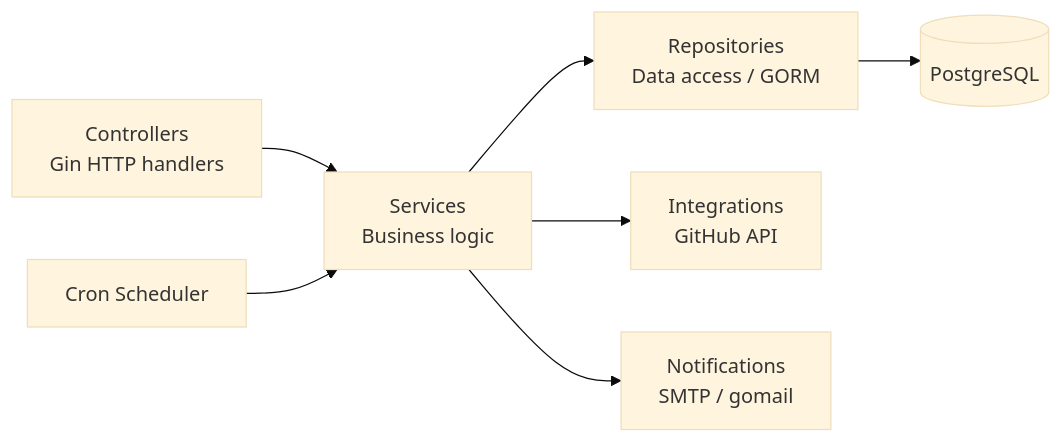
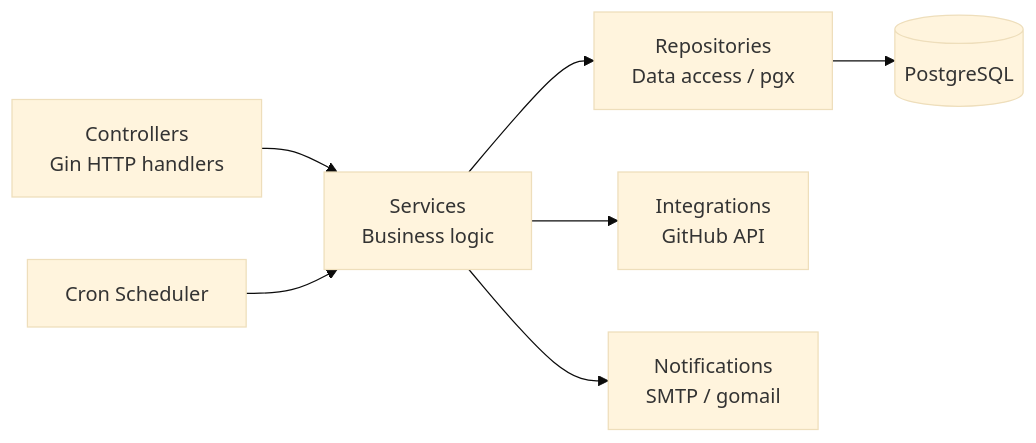
One commit to GenesisEducationKyiv/software-engineering-school-6-0-vanyatemno changed the diagram in README.md. Above: the diagram before and after it, drawn with Mermaid (base theme). The commit also changed other lines of this file and 39 other files, not shown here.

````diff
--- a/README.md
+++ b/README.md
@@ -175,9 +176,9 @@
 ```mermaid
 graph LR
     A[Controllers<br/>Gin HTTP handlers] --> B[Services<br/>Business logic]
-    B --> C[Repositories<br/>Data access / GORM]
+    B --> C[Repositories<br/>Data access / pgx]
     C --> D[(PostgreSQL)]
     B --> E[Integrations<br/>GitHub API]
     B --> F[Notifications<br/>SMTP / gomail]
     G[Cron Scheduler] --> B
 ```
````
